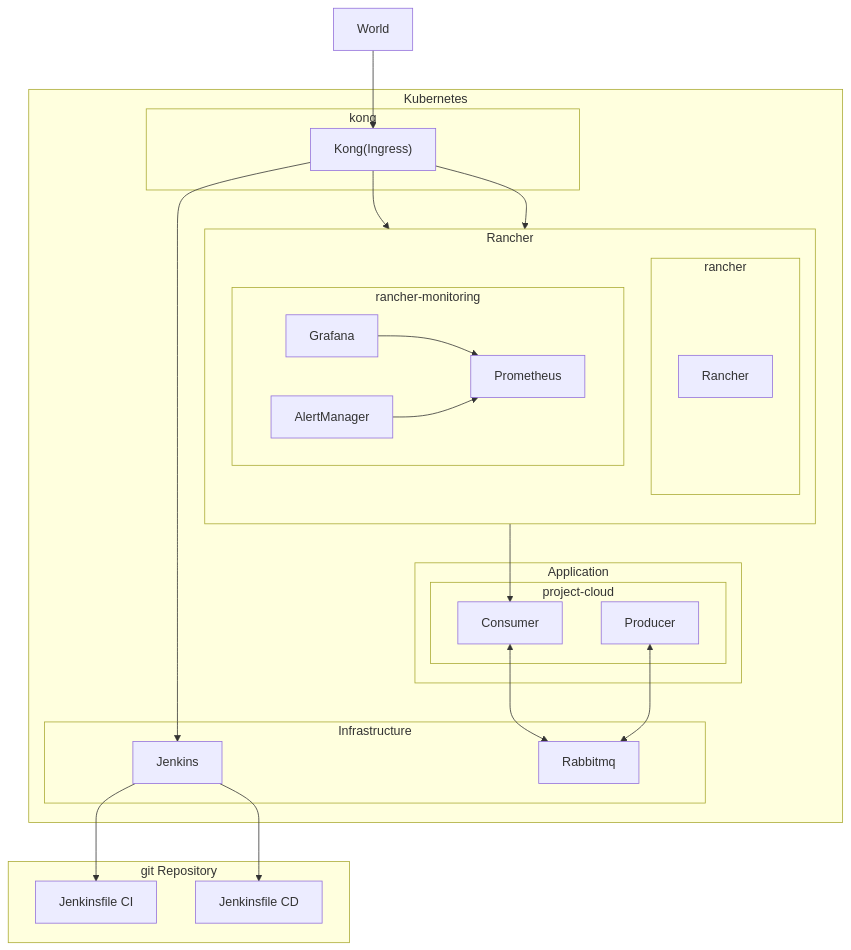
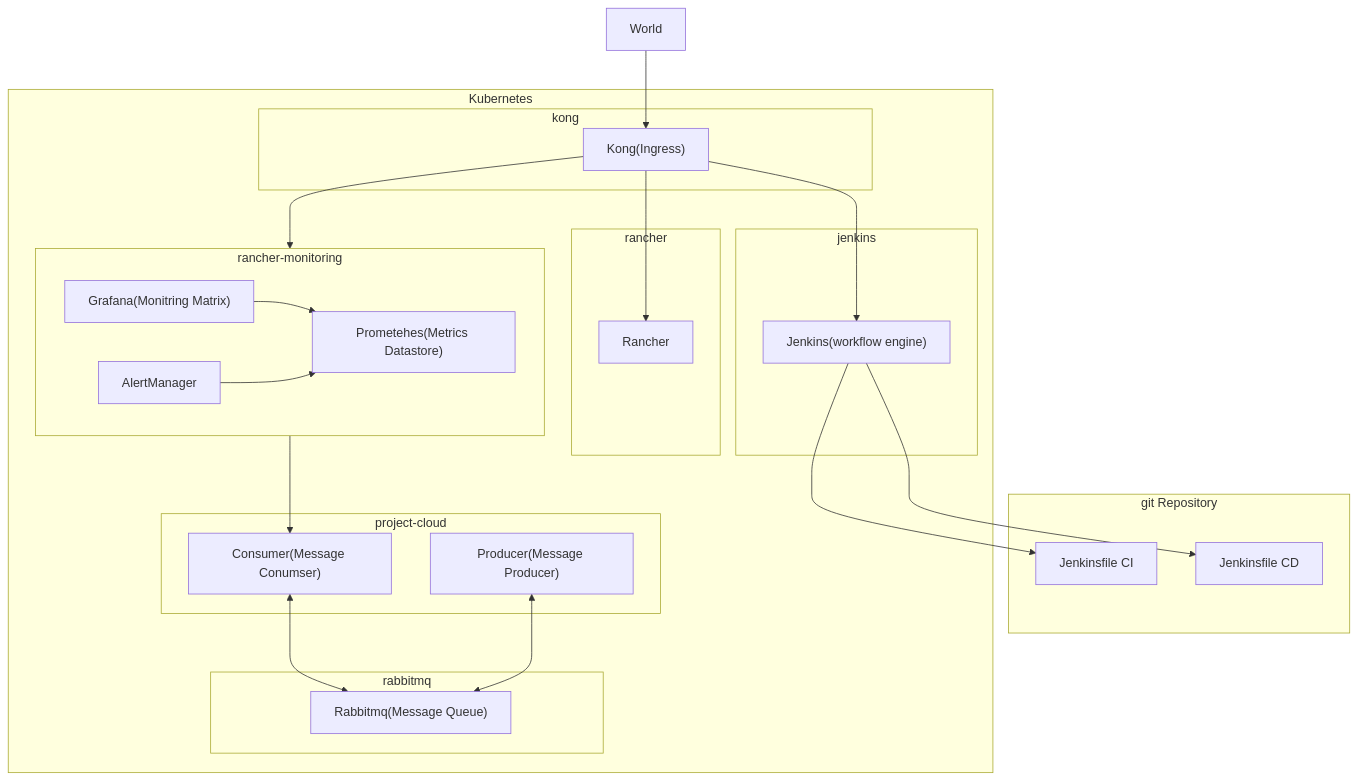
The diagram in README.md (Ds886/course-cloud-project), drawn with Mermaid before and after one commit. The commit also changed other lines of this file, not shown here.

````diff
--- a/README.md
+++ b/README.md
@@ -11,62 +37,52 @@
 ```mermaid
 graph
-  direction BT
-  Jenk --> JenkCI
-  Jenk --> JenkCD
-  consume <--> rabbit
-  producer  <--> rabbit
-  Prometheus --> consume
-  World --> kongdep
+direction BT
+Jenk --> JenkCI
+Jenk --> JenkCD
+consume <--> rabbit
+producer  <--> rabbit
+Prometheus --> consume
+World --> kongdep
 
-  kongdep --> Grafana
-  kongdep --> Jenk 
-  kongdep --> rancherDep 
-  Grafana --> Prometheus
-  AlertManager --> Prometheus 
+kongdep --> Grafana
+kongdep --> Jenk 
+kongdep --> rancherDep 
+Grafana --> Prometheus
+AlertManager --> Prometheus 
 
-  
+subgraph git[git Repository]
+  JenkCI[Jenkinsfile CI]
+  JenkCD[Jenkinsfile CD]
+end
 
-  subgraph git[git Repository]
-    JenkCI[Jenkinsfile CI]
-    JenkCD[Jenkinsfile CD]
-  end
-
-  subgraph Kubernetes
-  
+subgraph Kubernetes
   subgraph kong
   kongdep["Kong(Ingress)"]
   end
-  
-  
-  
-  subgraph Ranchercont[Rancher]
-  direction BT
 
   subgraph rancher
     rancherDep[Rancher]
   end
- 
+
   subgraph rancher-monitoring
     direction LR
-    Prometheus
-    Grafana
+    Prometheus["Prometehes(Metrics Datastore)"]
+    Grafana["Grafana(Monitring Matrix)"]
     AlertManager
 
   end
 
-  
+  subgraph jennkinsCont[jenkins]
+  Jenk["Jenkins(workflow engine)"]
   end
 
-  subgraph Infrastructure
-  Jenk[Jenkins]
-  rabbit[Rabbitmq]
+  subgraph rabbitmqCont[rabbitmq]
+  rabbit["Rabbitmq(Message Queue)"]
   end
 
-  subgraph Application
   subgraph project-cloud
-    consume[Consumer]
-    producer[Producer]
+    consume["Consumer(Message Conumser)"]
+    producer["Producer(Message Producer)"]
   end
-  end
-  end
+end
 ```
````
